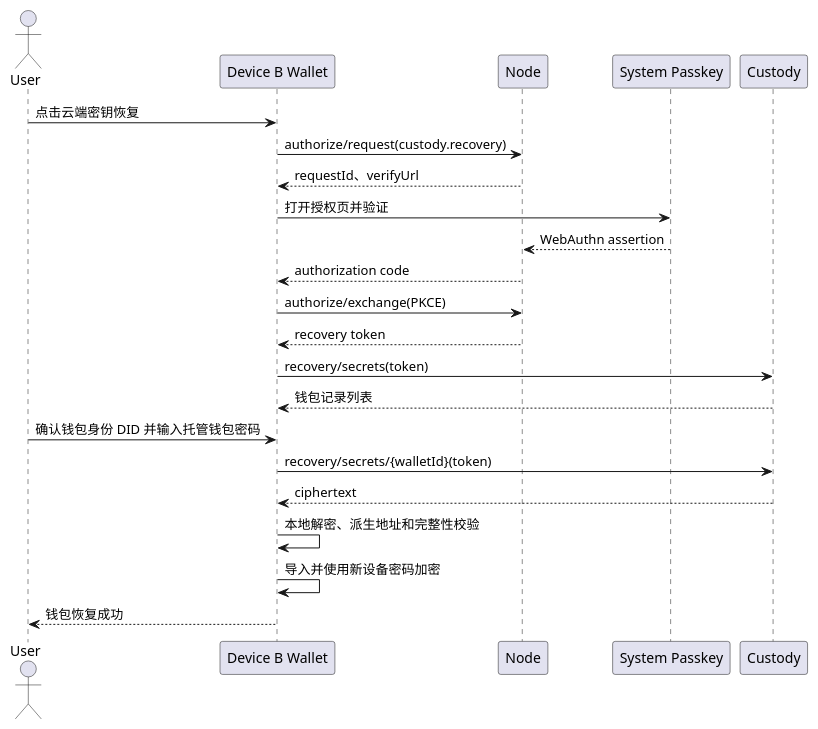
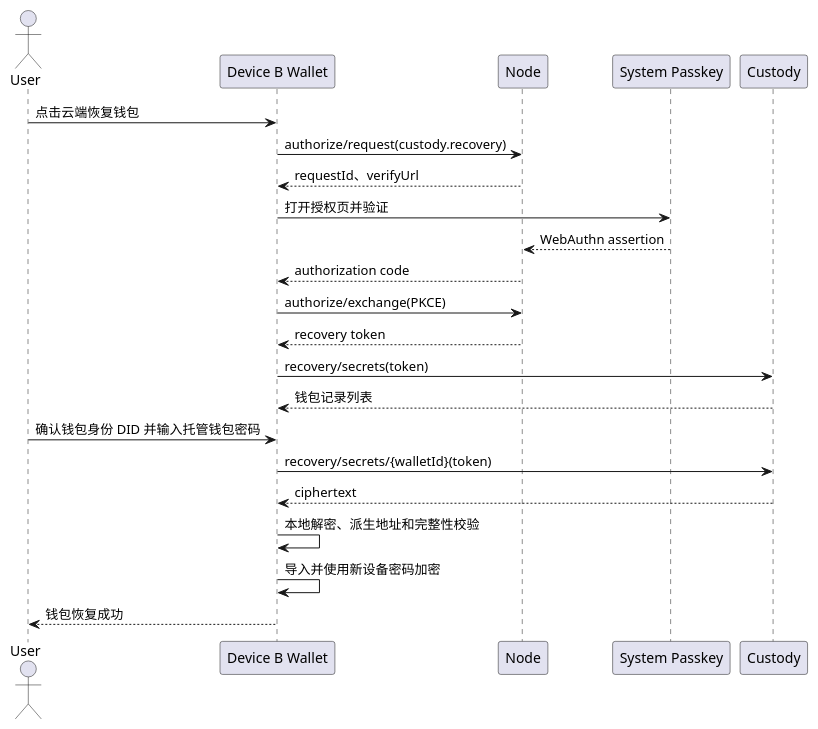
One commit to yeying-community/wallet changed the second of 2 diagrams in docs/钱包测试/密钥托管验收标准.md. Above: the diagram before and after it, drawn with PlantUML. The commit also changed other lines of this file and 6 other files, not shown here.

Commit message:
feat: streamline cloud wallet recovery import flow

````diff
--- a/docs/钱包测试/密钥托管验收标准.md
+++ b/docs/钱包测试/密钥托管验收标准.md
@@ -480,26 +480,26 @@
 ```plantuml
 @startuml custody-recovery
 actor User
 participant "Device B Wallet" as Wallet
 participant Node
 participant "System Passkey" as Passkey
 participant Custody
 
-User -> Wallet : 点击云端密钥恢复
+User -> Wallet : 点击云端恢复钱包
 Wallet -> Node : authorize/request(custody.recovery)
 Node --> Wallet : requestId、verifyUrl
 Wallet -> Passkey : 打开授权页并验证
 Passkey --> Node : WebAuthn assertion
 Node --> Wallet : authorization code
 Wallet -> Node : authorize/exchange(PKCE)
 Node --> Wallet : recovery token
 Wallet -> Custody : recovery/secrets(token)
 Custody --> Wallet : 钱包记录列表
 User -> Wallet : 确认钱包身份 DID 并输入托管钱包密码
 Wallet -> Custody : recovery/secrets/{walletId}(token)
 Custody --> Wallet : ciphertext
 Wallet -> Wallet : 本地解密、派生地址和完整性校验
 Wallet -> Wallet : 导入并使用新设备密码加密
 Wallet --> User : 钱包恢复成功
 @enduml
 ```
````
